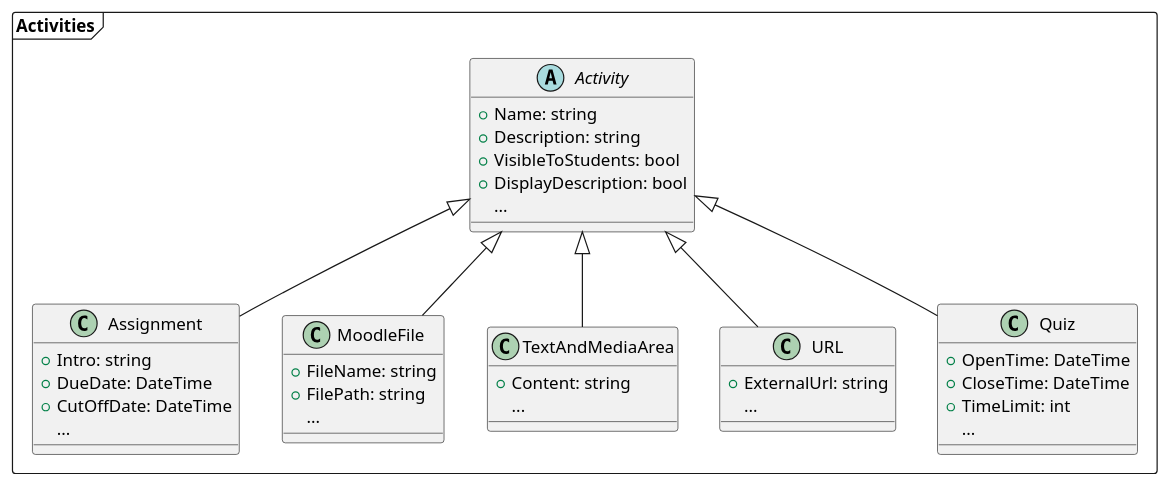
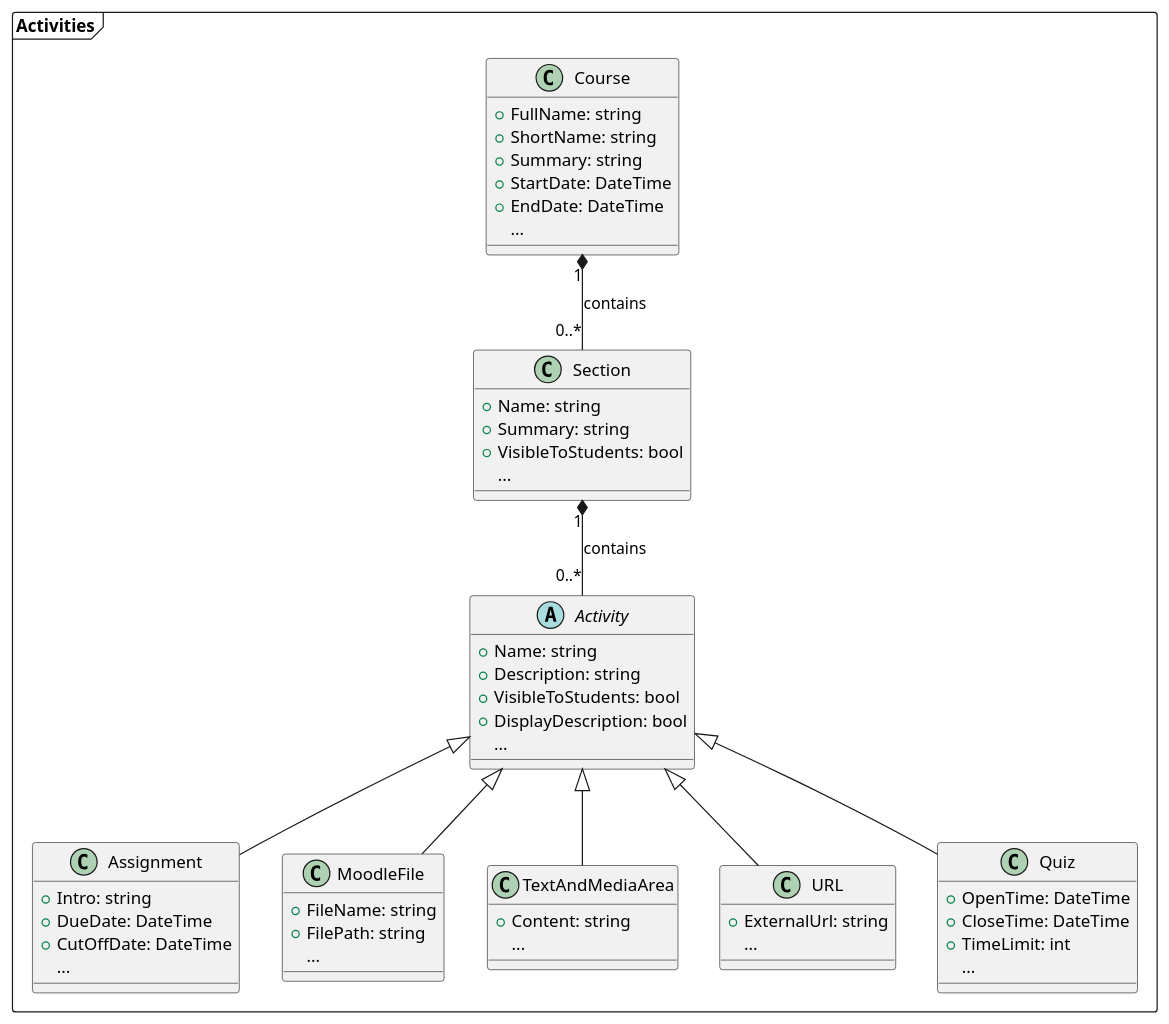
One commit to if24b267/course-as-code changed the second of 3 diagrams in Documentation/MkDocs/docs/Architecture/DataModel.md. Above: the diagram before and after it, drawn with PlantUML. The commit also changed other lines of this file, not shown here.

````diff
--- a/Documentation/MkDocs/docs/Architecture/DataModel.md
+++ b/Documentation/MkDocs/docs/Architecture/DataModel.md
@@ -185,43 +184,65 @@
 ```puml
 @startuml
 
 package Activities <<Frame>> {
+    class Course {
+        + FullName: string
+        + ShortName: string
+        + Summary: string 
+        + StartDate: DateTime
+        + EndDate: DateTime
+        ...
+    }
+
+    class Section {
+        + Name: string
+        + Summary: string
+        + VisibleToStudents: bool
+        ...
+    }
+
     abstract class Activity {
         + Name: string
         + Description: string
         + VisibleToStudents: bool
         + DisplayDescription: bool
         ...
     }
     
     class Assignment extends Activity {
         + Intro: string
         + DueDate: DateTime
         + CutOffDate: DateTime
         ...
     }
     
     class MoodleFile extends Activity {
         + FileName: string
         + FilePath: string
         ...
     }
     
     class TextAndMediaArea extends Activity {
         + Content: string
         ...
     }
     
     class URL extends Activity {
         + ExternalUrl: string
         ...
     }
     
     class Quiz extends Activity {
         + OpenTime: DateTime
         + CloseTime: DateTime
         + TimeLimit: int
         ...
     }
+
+' A course consists of multiple sections
+Course "1" *-- "0..*" Section : contains
+
+' A section consists of multiple activities
+Section "1" *-- "0..*" Activity : contains
 @enduml
 ```
````
